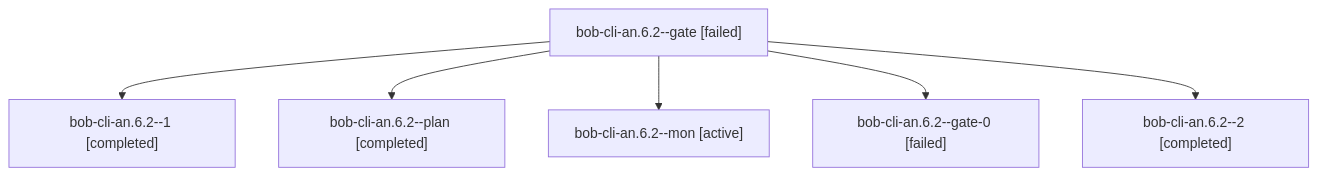
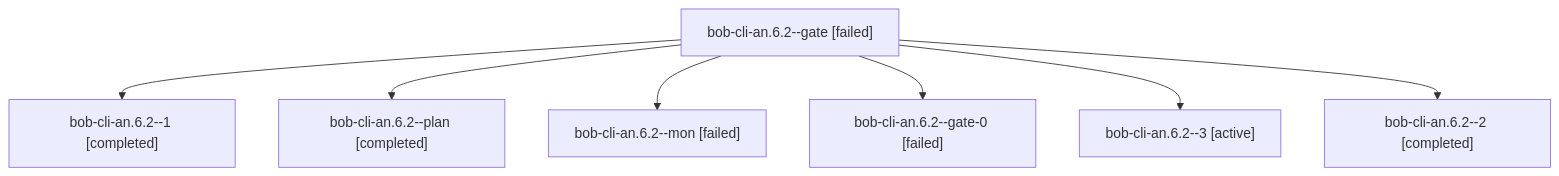
One commit to bobs-org/bob-cli--agents changed the diagram in sessions/bbugyi200.athena.bob-cli-an.6.2.md. Above: the diagram before and after it, drawn with Mermaid. The commit also changed other lines of this file and 99 other files, not shown here.

````diff
--- a/sessions/bbugyi200.athena.bob-cli-an.6.2.md
+++ b/sessions/bbugyi200.athena.bob-cli-an.6.2.md
@@ -9,14 +9,16 @@
 ```mermaid
 flowchart TD
   n0["bob-cli-an.6.2--gate [failed]"]
   n1["bob-cli-an.6.2--1 [completed]"]
   n0 --> n1
   n2["bob-cli-an.6.2--plan [completed]"]
   n0 --> n2
-  n3["bob-cli-an.6.2--mon [active]"]
+  n3["bob-cli-an.6.2--mon [failed]"]
   n0 --> n3
   n4["bob-cli-an.6.2--gate-0 [failed]"]
   n0 --> n4
-  n5["bob-cli-an.6.2--2 [completed]"]
+  n5["bob-cli-an.6.2--3 [active]"]
   n0 --> n5
+  n6["bob-cli-an.6.2--2 [completed]"]
+  n0 --> n6
 ```
````
